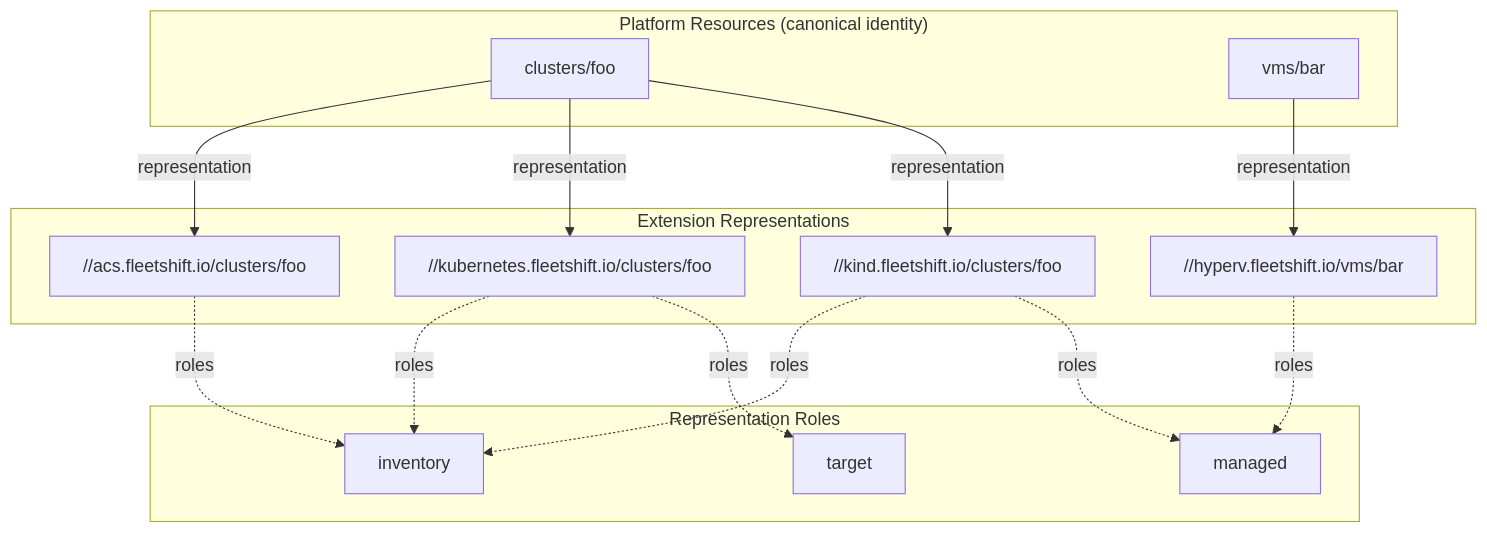
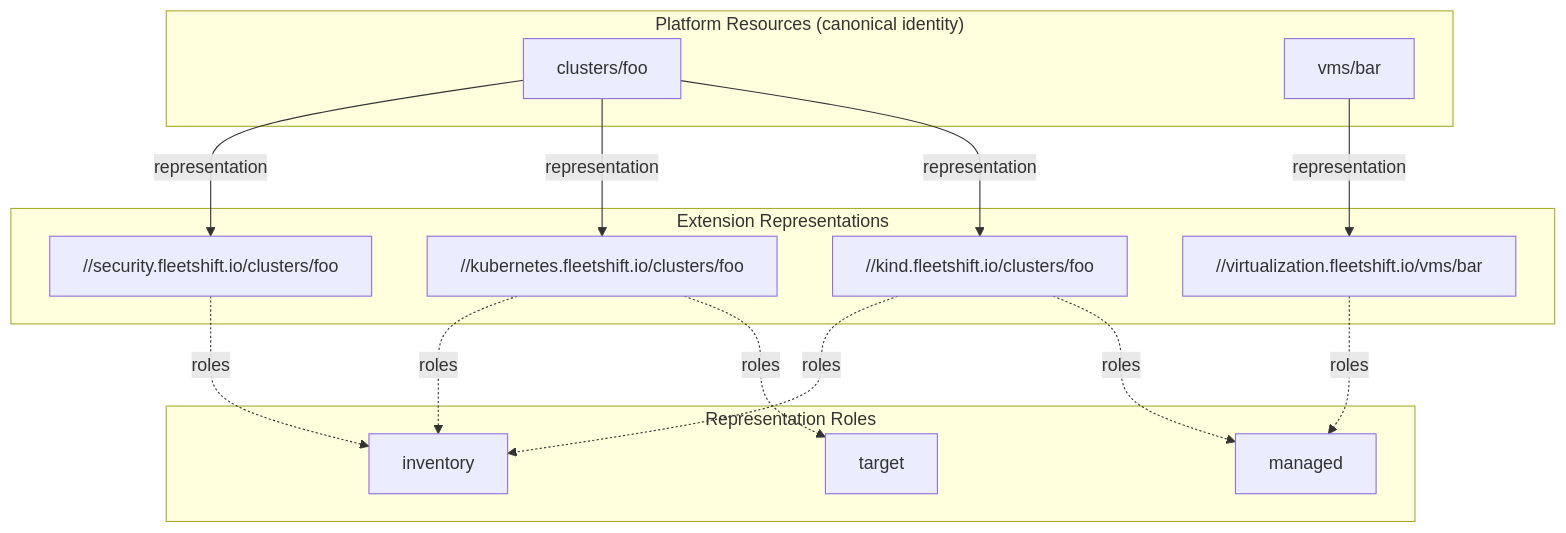
The diagram in docs/design/architecture/resource_identity_and_api.md (fleetshift/fleetshift-poc), drawn with Mermaid before and after one commit. The commit also changed other lines of this file and 8 other files, not shown here.

````diff
--- a/docs/design/architecture/resource_identity_and_api.md
+++ b/docs/design/architecture/resource_identity_and_api.md
@@ -55,31 +55,31 @@
 ```mermaid
 graph TB
     subgraph platformLayer ["Platform Resources (canonical identity)"]
         platformCluster["clusters/foo"]
         platformVM["vms/bar"]
     end
 
     subgraph extLayer ["Extension Representations"]
         kind["//kind.fleetshift.io/clusters/foo"]
         k8s["//kubernetes.fleetshift.io/clusters/foo"]
-        acs["//acs.fleetshift.io/clusters/foo"]
-        hyperv["//hyperv.fleetshift.io/vms/bar"]
+        security["//security.fleetshift.io/clusters/foo"]
+        virtualization["//virtualization.fleetshift.io/vms/bar"]
     end
 
     subgraph rolesLegend ["Representation Roles"]
         managed["managed"]
         inventory["inventory"]
         target["target"]
     end
 
     platformCluster -->|representation| kind
     platformCluster -->|representation| k8s
-    platformCluster -->|representation| acs
+    platformCluster -->|representation| security
     kind -.->|roles| managed
     kind -.->|roles| inventory
     k8s -.->|roles| target
     k8s -.->|roles| inventory
-    acs -.->|roles| inventory
-    platformVM -->|representation| hyperv
-    hyperv -.->|roles| managed
+    security -.->|roles| inventory
+    platformVM -->|representation| virtualization
+    virtualization -.->|roles| managed
 ```
````
